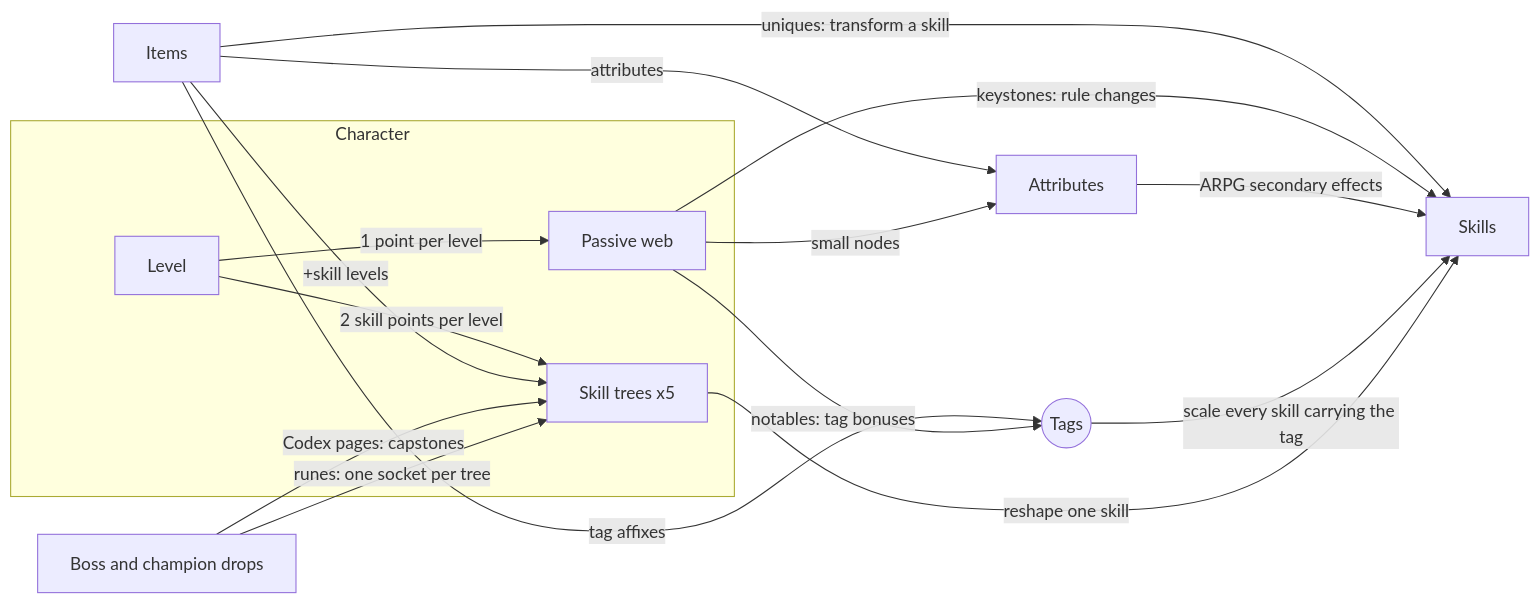
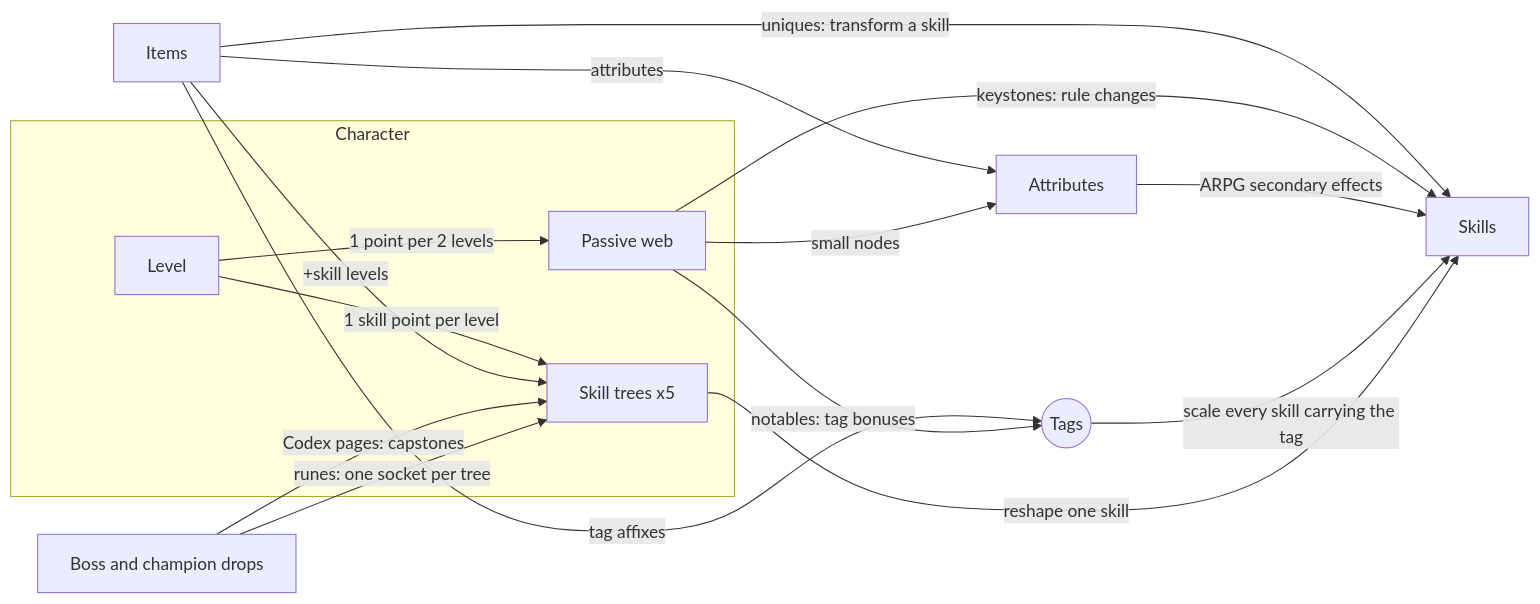
Before and after one commit to Gribby/benilla: the diagram in docs/ARPG-CHARACTER.md, drawn with Mermaid. The commit also changed other lines of this file and 22 other files, not shown here.

First line of the commit message:
ARPG: hit feel, health globes, line telegraphs, per-character web

````diff
--- a/docs/ARPG-CHARACTER.md
+++ b/docs/ARPG-CHARACTER.md
@@ -40,19 +40,19 @@
 ```mermaid
 flowchart LR
   subgraph Character
-    L[Level] -->|1 point per level| W[Passive web]
-    L -->|2 skill points per level| ST[Skill trees x5]
+    L[Level] -->|1 point per 2 levels| W[Passive web]
+    L -->|1 skill point per level| ST[Skill trees x5]
   end
   I[Items] -->|+skill levels| ST
   D[Boss and champion drops] -->|Codex pages: capstones| ST
   D -->|runes: one socket per tree| ST
   I -->|attributes| A[Attributes]
   I -->|tag affixes| T((Tags))
   I -->|uniques: transform a skill| S[Skills]
   W -->|small nodes| A
   W -->|notables: tag bonuses| T
   W -->|keystones: rule changes| S
   A -->|ARPG secondary effects| S
   T -->|scale every skill carrying the tag| S
   ST -->|reshape one skill| S
 ```
````
